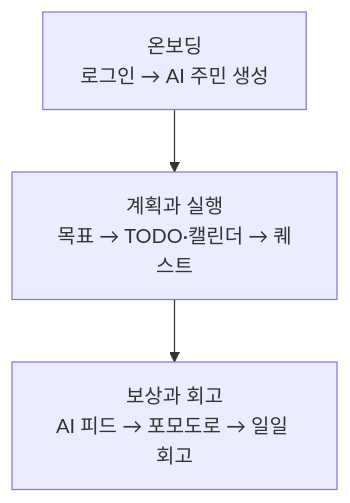
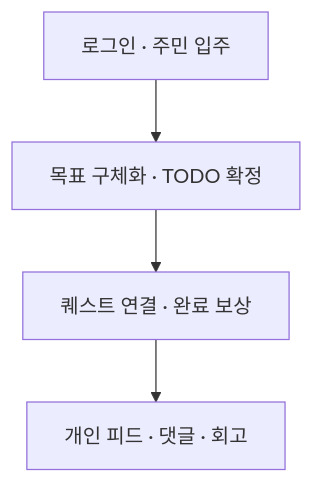
The second of 2 diagrams in README.md (bigmooon/mongle-web), drawn with Mermaid before and after one commit. The commit also changed other lines of this file and 1 other file, not shown here.

Commit message:
docs: align README architecture and user flows with implementation

````diff
--- a/README.md
+++ b/README.md
@@ -58,8 +84,8 @@
 ```mermaid
 flowchart TB
-    ONBOARD["온보딩<br/>로그인 → AI 주민 생성"]
-    PLAN["계획과 실행<br/>목표 → TODO·캘린더 → 퀘스트"]
-    REFLECT["보상과 회고<br/>AI 피드 → 포모도로 → 일일 회고"]
-
-    ONBOARD --> PLAN --> REFLECT
+    JOIN["로그인 · 주민 입주"]
+    PLAN["목표 구체화 · TODO 확정"]
+    DO["퀘스트 연결 · 완료 보상"]
+    REVIEW["개인 피드 · 댓글 · 회고"]
+    JOIN --> PLAN --> DO --> REVIEW
 ```
````
